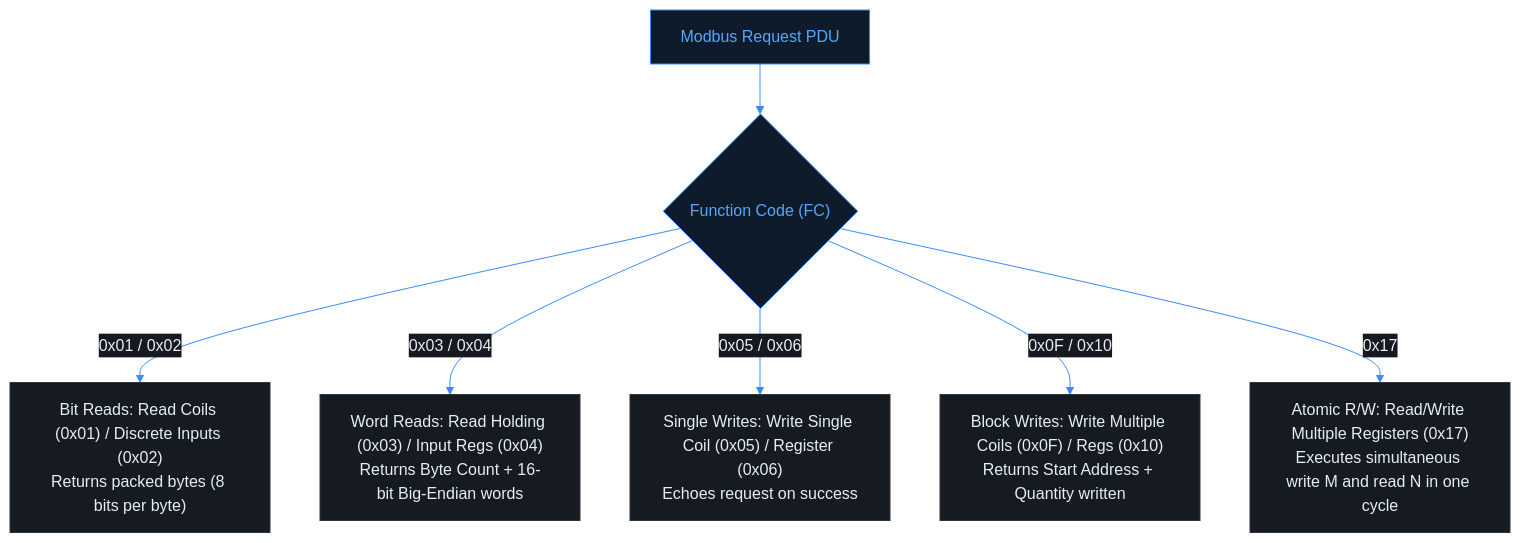
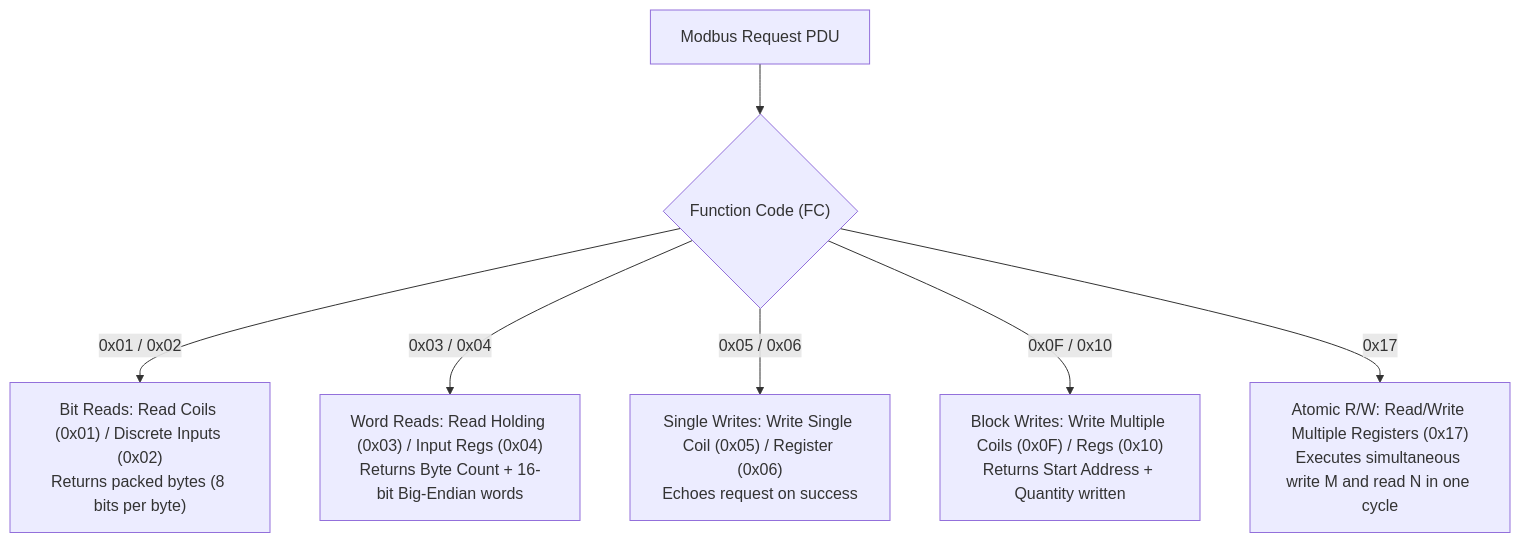
Before and after one commit to Novav20/The-Meridian-Grid: the second of 4 diagrams in docs/00-Domain-Mastery/lessons/02-Modbus-TCP-Mechanics.md, drawn with Mermaid. The commit also changed other lines of this file and 15 other files, not shown here.

Commit message:
Clean up Mermaid lesson diagrams

````diff
--- a/docs/00-Domain-Mastery/lessons/02-Modbus-TCP-Mechanics.md
+++ b/docs/00-Domain-Mastery/lessons/02-Modbus-TCP-Mechanics.md
@@ -278,28 +249,11 @@
 ```mermaid
-%%{init: {
-  'theme': 'base',
-  'themeVariables': {
-    'darkMode': true,
-    'primaryColor': '#1E222B',
-    'primaryTextColor': '#E6EDF3',
-    'primaryBorderColor': '#388BFD',
-    'lineColor': '#388BFD',
-    'secondaryColor': '#16191F',
-    'tertiaryColor': '#0D1117',
-    'edgeLabelBackground': '#16191F'
-  },
-  'themeCSS': '.edgeLabel { color: #E6EDF3 !important; } .edgeLabel rect { fill: #16191F !important; } .label { color: #E6EDF3 !important; } .cluster-label span { color: #E6EDF3 !important; }'
-}}%%
 flowchart TD
     PDU["Modbus Request PDU"] --> FC{"Function Code (FC)"}
     
     FC -->|0x01 / 0x02| ReadBits["Bit Reads: Read Coils (0x01) / Discrete Inputs (0x02)<br/>Returns packed bytes (8 bits per byte)"]
     FC -->|0x03 / 0x04| ReadWords["Word Reads: Read Holding (0x03) / Input Regs (0x04)<br/>Returns Byte Count + 16-bit Big-Endian words"]
     FC -->|0x05 / 0x06| WriteSingle["Single Writes: Write Single Coil (0x05) / Register (0x06)<br/>Echoes request on success"]
     FC -->|0x0F / 0x10| WriteMulti["Block Writes: Write Multiple Coils (0x0F) / Regs (0x10)<br/>Returns Start Address + Quantity written"]
     FC -->|0x17| AtomicRW["Atomic R/W: Read/Write Multiple Registers (0x17)<br/>Executes simultaneous write M and read N in one cycle"]
 
-    classDef default fill:#161b22,stroke:#30363d,color:#e6edf3;
-    classDef highlight fill:#0d1b2a,stroke:#388bfd,color:#58a6ff;
-    class PDU,FC highlight;
 ```
````
